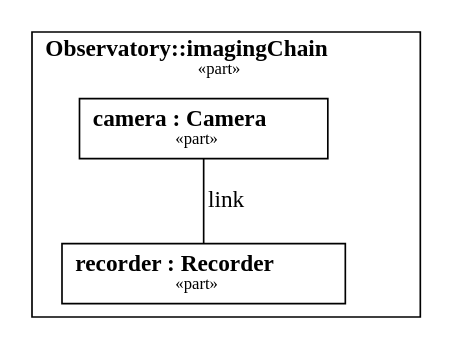
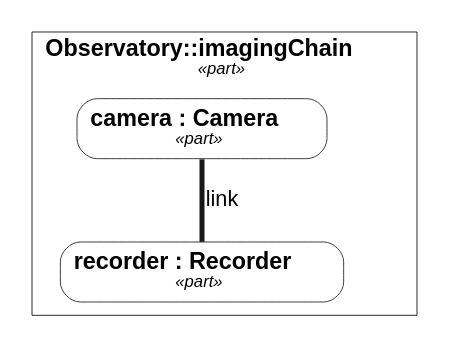
Before and after one commit to Open-MBEE/OpenSysML: the first of 2 diagrams in internal/core/docrender/testdata/telescope_report.dot.golden.md, drawn with Graphviz. The commit also changed other lines of this file and 53 other files, not shown here.

````diff
--- a/internal/core/docrender/testdata/telescope_report.dot.golden.md
+++ b/internal/core/docrender/testdata/telescope_report.dot.golden.md
@@ -88,16 +88,20 @@
 ```dot
 // view: Observatory::interconnectView
 // kind: interconnection
 // stated: render asInterconnectionDiagram
 // layout: dot
 digraph "Observatory::interconnectView" {
-  node [shape=box];
+  graph [fontname="Helvetica"];
+  node [shape=box, style=filled, fillcolor=white, color="#181818", fontname="Helvetica", fontsize=14, penwidth=0.5];
+  edge [color="#181818", fontname="Helvetica", fontsize=13, penwidth=1];
   subgraph "cluster_n0" {
-    label=<<b>Observatory::imagingChain</b><br/><font point-size="10">«part»</font>>;
+    label=<<b>Observatory::imagingChain</b><br/><font point-size="10"><i>«part»</i></font>>;
+    color=black;
+    penwidth=0.5;
     "n0" [shape=point, style=invis, width=0, height=0, label=""];
-    "n1" [label=<<b>camera : Camera</b><br/><font point-size="10">«part»</font>>];
-    "n2" [label=<<b>recorder : Recorder</b><br/><font point-size="10">«part»</font>>];
+    "n1" [style="rounded,filled", label=<<b>camera : Camera</b><br/><font point-size="10"><i>«part»</i></font>>];
+    "n2" [style="rounded,filled", label=<<b>recorder : Recorder</b><br/><font point-size="10"><i>«part»</i></font>>];
   }
-  "n1" -> "n2" [label="link", arrowhead=none];
+  "n1" -> "n2" [label="link", arrowhead=none, penwidth=3];
 }
 ```
````
